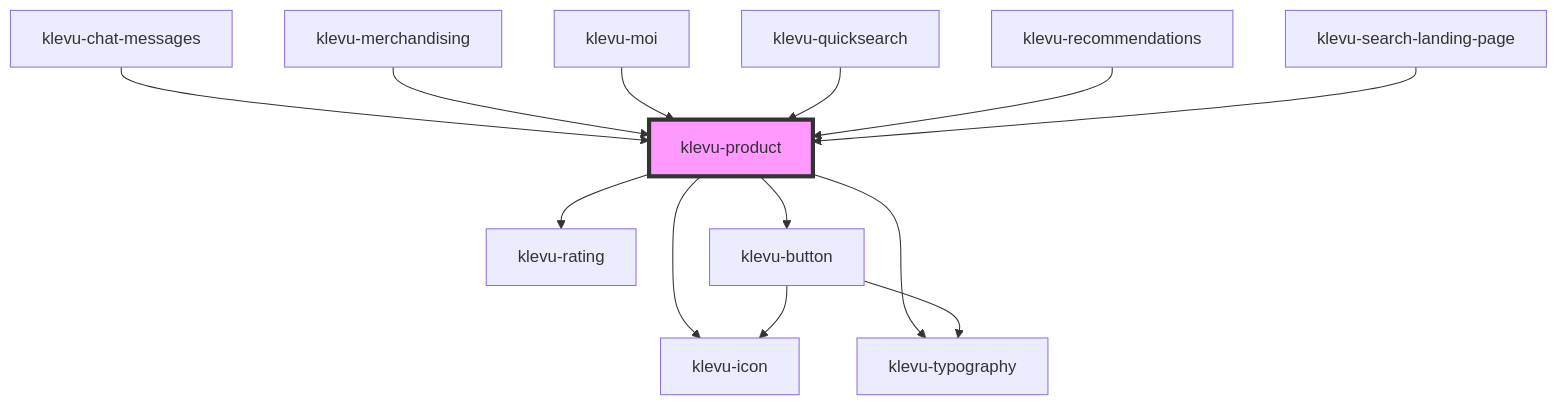
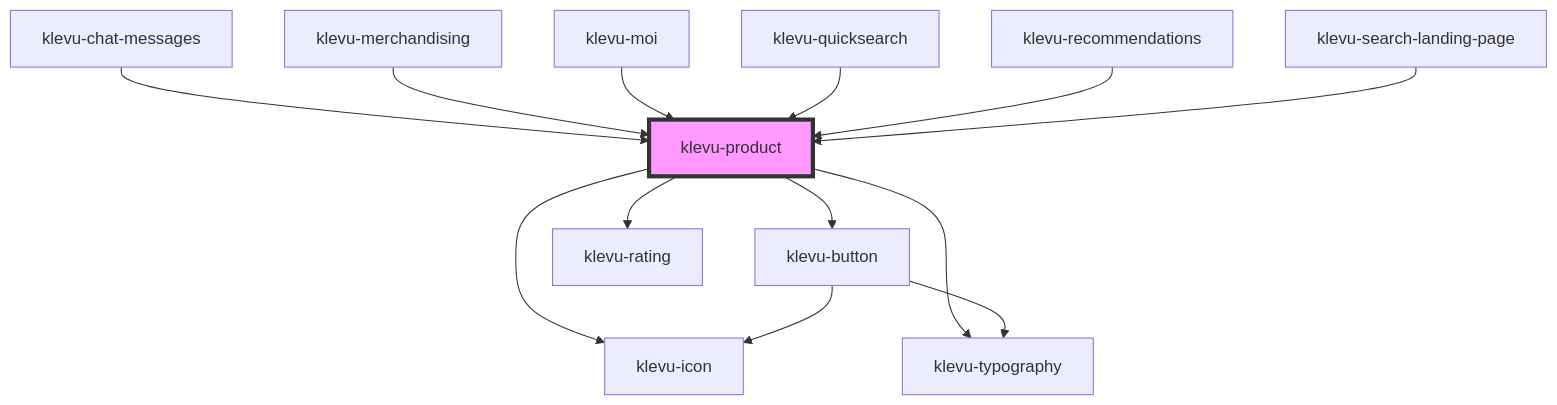
Before and after one commit to klevultd/frontend-sdk: the diagram in packages/klevu-ui/src/components/klevu-product/readme.md, drawn with Mermaid. The commit also changed other lines of this file and 16 other files, not shown here.

````diff
--- a/packages/klevu-ui/src/components/klevu-product/readme.md
+++ b/packages/klevu-ui/src/components/klevu-product/readme.md
@@ -82,16 +82,16 @@
 ```mermaid
 graph TD;
   klevu-product --> klevu-icon
   klevu-product --> klevu-typography
+  klevu-product --> klevu-button
   klevu-product --> klevu-rating
-  klevu-product --> klevu-button
   klevu-button --> klevu-icon
   klevu-button --> klevu-typography
   klevu-chat-messages --> klevu-product
   klevu-merchandising --> klevu-product
   klevu-moi --> klevu-product
   klevu-quicksearch --> klevu-product
   klevu-recommendations --> klevu-product
   klevu-search-landing-page --> klevu-product
   style klevu-product fill:#f9f,stroke:#333,stroke-width:4px
 ```
````
